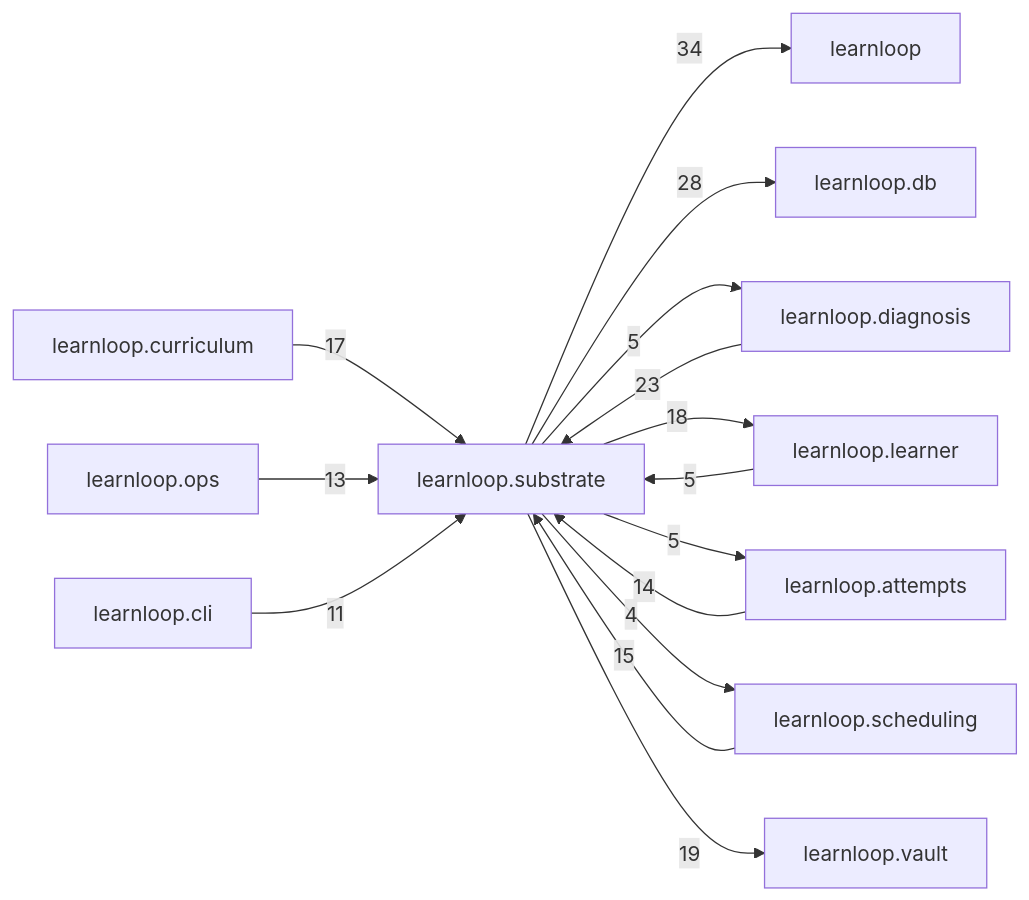
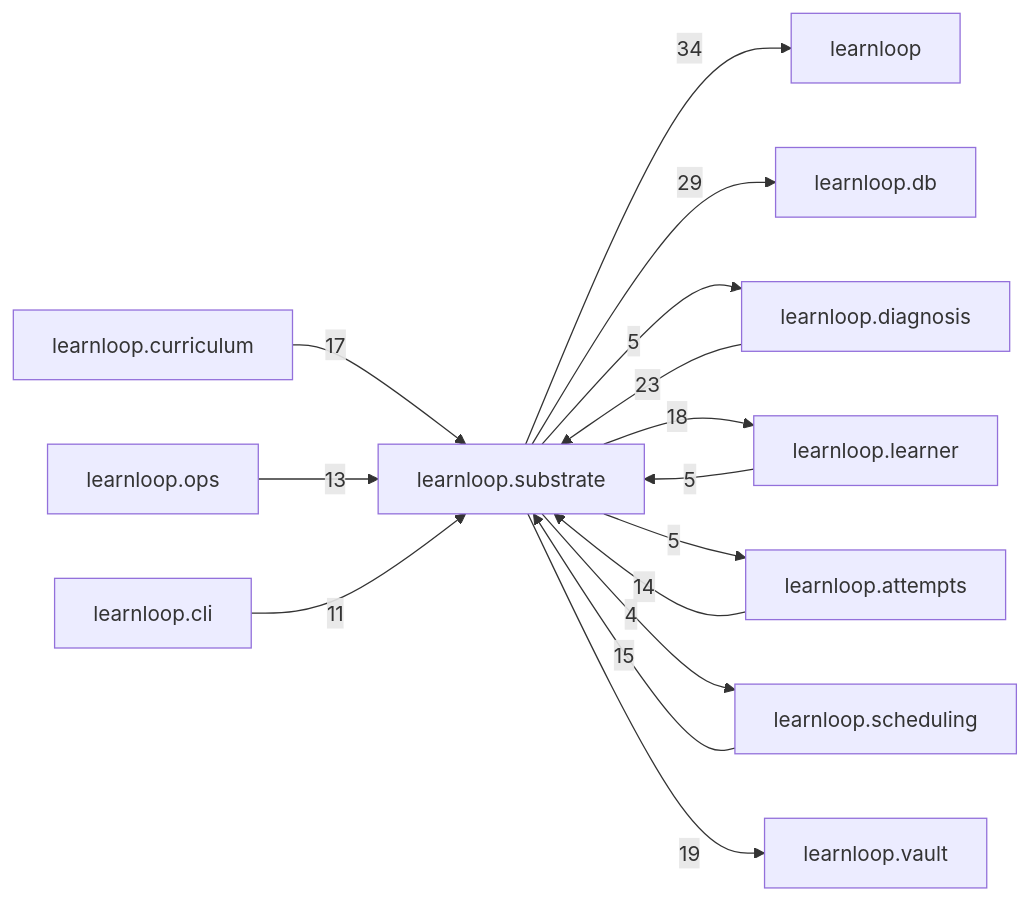
The diagram in docs/learnloop-architecture-vault/Reference/Modules/learnloop/substrate/_package.md (6up-b/learnanything), drawn with Mermaid before and after one commit. The commit also changed other lines of this file and 16 other files, not shown here.

````diff
--- a/docs/learnloop-architecture-vault/Reference/Modules/learnloop/substrate/_package.md
+++ b/docs/learnloop-architecture-vault/Reference/Modules/learnloop/substrate/_package.md
@@ -166,28 +166,28 @@
 ```mermaid
 flowchart LR
     center["learnloop.substrate"]
     n_learnloop["learnloop"]
     n_learnloop_db["learnloop.db"]
     n_learnloop_diagnosis["learnloop.diagnosis"]
     n_learnloop_learner["learnloop.learner"]
     n_learnloop_attempts["learnloop.attempts"]
     n_learnloop_scheduling["learnloop.scheduling"]
     n_learnloop_vault["learnloop.vault"]
     n_learnloop_curriculum["learnloop.curriculum"]
     n_learnloop_ops["learnloop.ops"]
     n_learnloop_cli["learnloop.cli"]
     center -->|34| n_learnloop
-    center -->|28| n_learnloop_db
+    center -->|29| n_learnloop_db
     n_learnloop_diagnosis -->|23| center
     center -->|5| n_learnloop_diagnosis
     n_learnloop_learner -->|5| center
     center -->|18| n_learnloop_learner
     n_learnloop_attempts -->|14| center
     center -->|5| n_learnloop_attempts
     n_learnloop_scheduling -->|15| center
     center -->|4| n_learnloop_scheduling
     center -->|19| n_learnloop_vault
     n_learnloop_curriculum -->|17| center
     n_learnloop_ops -->|13| center
     n_learnloop_cli -->|11| center
 ```
````
